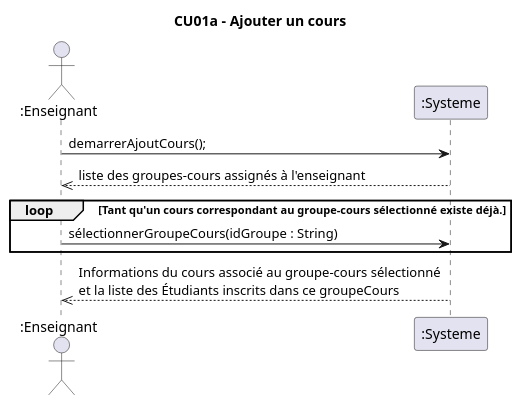
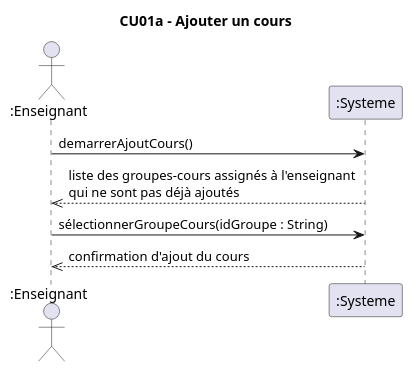
One commit to xMrYahya/moodle-clone changed the diagram in docs/modeles/cu01/dss-ajouter-cours.puml. Above: the diagram before and after it, drawn with PlantUML. The commit also changed 2 other files, not shown here.

```diff
--- a/docs/modeles/cu01/dss-ajouter-cours.puml
+++ b/docs/modeles/cu01/dss-ajouter-cours.puml
@@ -1,14 +1,14 @@
 @startuml
 title CU01a - Ajouter un cours
 actor ":Enseignant" as e
 participant ":Systeme" as s
 
-e->s : demarrerAjoutCours();
+e->s : demarrerAjoutCours()
 
-s-->>e : liste des groupes-cours assignés à l'enseignant
-loop Tant qu'un cours correspondant au groupe-cours sélectionné existe déjà.
+s-->>e : liste des groupes-cours assignés à l'enseignant \nqui ne sont pas déjà ajoutés
+
 e->s : sélectionnerGroupeCours(idGroupe : String)
-end loop
-s-->>e : Informations du cours associé au groupe-cours sélectionné \net la liste des Étudiants inscrits dans ce groupeCours
+
+s-->>e : confirmation d'ajout du cours
 
 @enduml
```
